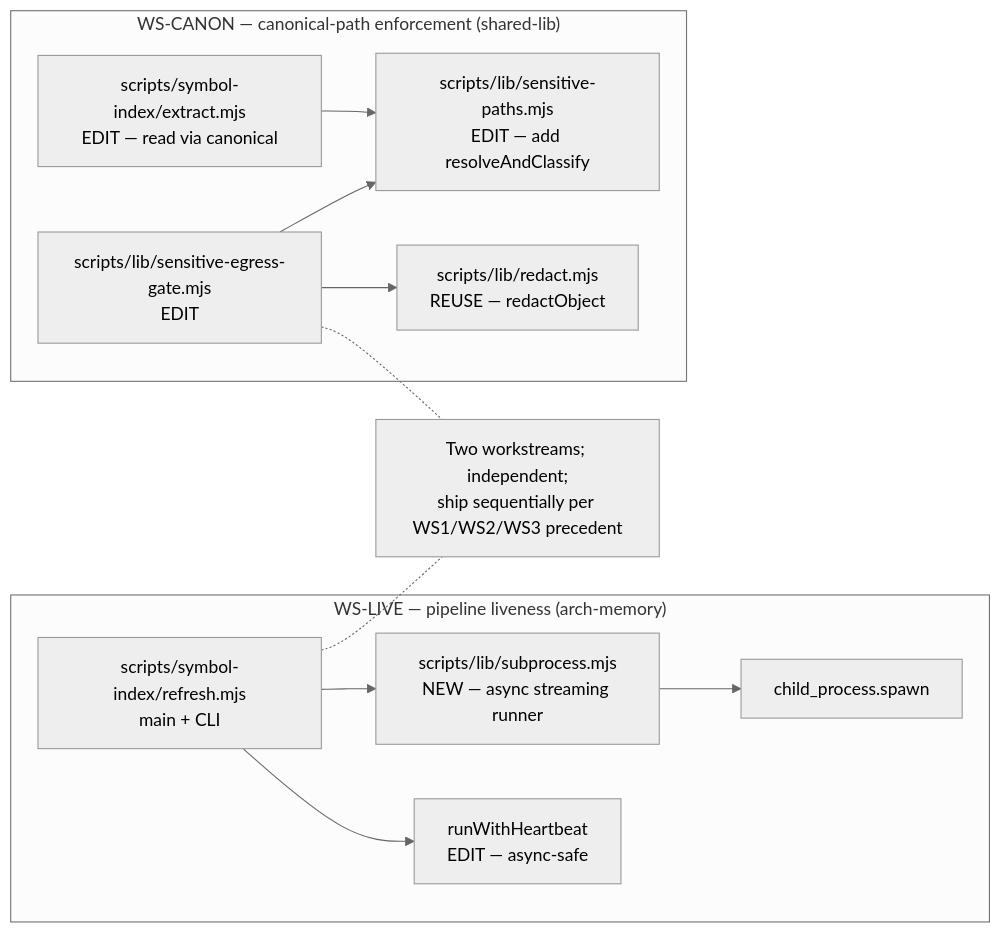
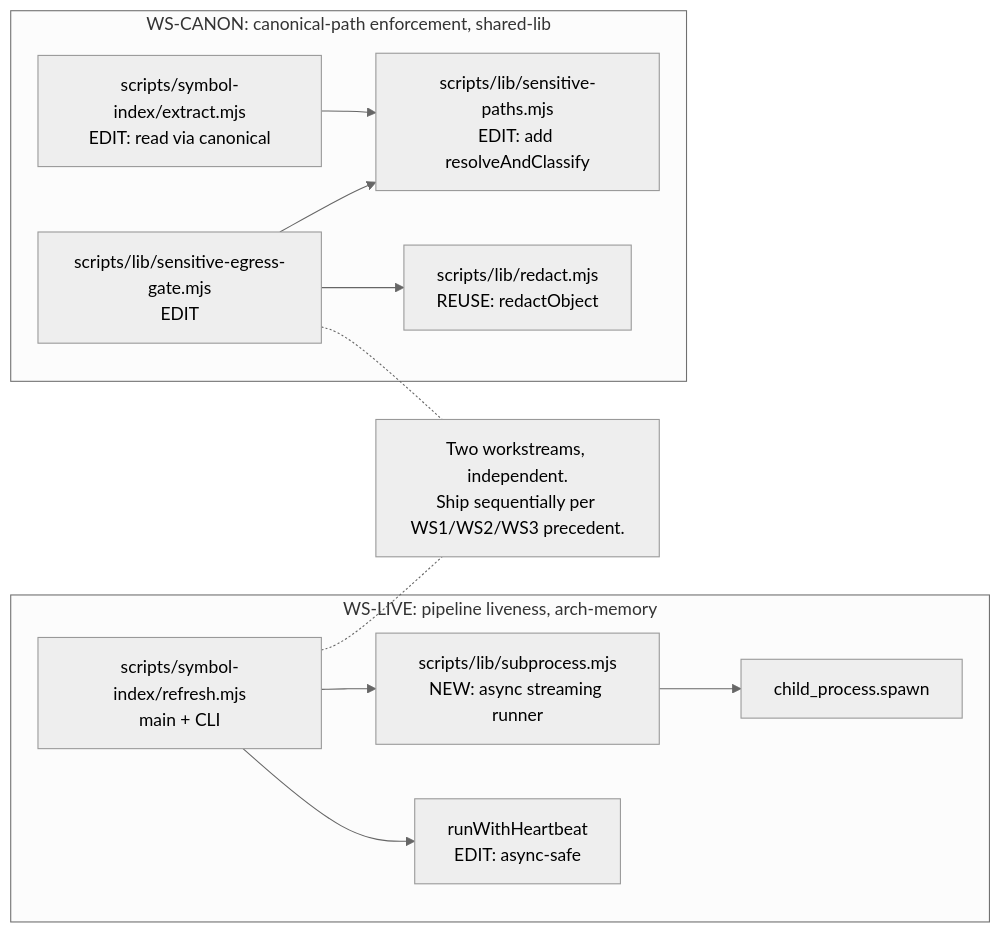
Before and after one commit to Lbstrydom/claude-engineering-skills: the diagram in docs/plans/liveness-and-canonical-paths.md, drawn with Mermaid (neutral theme). The commit also changed 5 other files, not shown here.

First line of the commit message:
feat(mermaid): mcp-mermaid + plans:lint R2 for portable diagrams

````diff
--- a/docs/plans/liveness-and-canonical-paths.md
+++ b/docs/plans/liveness-and-canonical-paths.md
@@ -49,24 +49,29 @@
 ```mermaid
 graph LR
-  subgraph WS_LIVE["WS-LIVE — pipeline liveness (arch-memory)"]
-    R1[scripts/symbol-index/refresh.mjs<br/>main + CLI]
-    R1 --> SP[scripts/lib/subprocess.mjs<br/>NEW — async streaming runner]
-    SP --> CH[child_process.spawn]
-    R1 --> HB[runWithHeartbeat<br/>EDIT — async-safe]
+  subgraph WS_LIVE["WS-LIVE: pipeline liveness, arch-memory"]
+    R1["scripts/symbol-index/refresh.mjs<br/>main + CLI"]
+    SP["scripts/lib/subprocess.mjs<br/>NEW: async streaming runner"]
+    CH["child_process.spawn"]
+    HB["runWithHeartbeat<br/>EDIT: async-safe"]
+    R1 --> SP
+    SP --> CH
+    R1 --> HB
   end
-  subgraph WS_CANON["WS-CANON — canonical-path enforcement (shared-lib)"]
-    GATE[scripts/lib/sensitive-egress-gate.mjs<br/>EDIT]
-    SP_LIB[scripts/lib/sensitive-paths.mjs<br/>EDIT — add resolveAndClassify]
-    EX[scripts/symbol-index/extract.mjs<br/>EDIT — read via canonical]
-    RED[scripts/lib/redact.mjs<br/>REUSE — redactObject]
+  subgraph WS_CANON["WS-CANON: canonical-path enforcement, shared-lib"]
+    GATE["scripts/lib/sensitive-egress-gate.mjs<br/>EDIT"]
+    SP_LIB["scripts/lib/sensitive-paths.mjs<br/>EDIT: add resolveAndClassify"]
+    EX["scripts/symbol-index/extract.mjs<br/>EDIT: read via canonical"]
+    RED["scripts/lib/redact.mjs<br/>REUSE: redactObject"]
     GATE --> SP_LIB
     GATE --> RED
     EX --> SP_LIB
   end
-  %% Caption — anchored to one node in each subgraph rather than the
-  %% subgraph IDs (Mermaid graph syntax doesn't allow subgraphs as edge
-  %% endpoints; doing so silently failed VS Code preview).
-  note1["Two workstreams; independent;<br/>ship sequentially per WS1/WS2/WS3 precedent"]
+  %% Caption anchored to one node in each subgraph rather than the
+  %% subgraph IDs (Mermaid graph syntax doesn't allow subgraphs as
+  %% edge endpoints; that silently failed VS Code preview). All node
+  %% labels are quoted so <br/> and special chars parse uniformly in
+  %% every Mermaid version.
+  note1["Two workstreams, independent.<br/>Ship sequentially per WS1/WS2/WS3 precedent."]
   R1 -.- note1
   GATE -.- note1
 ```
````
